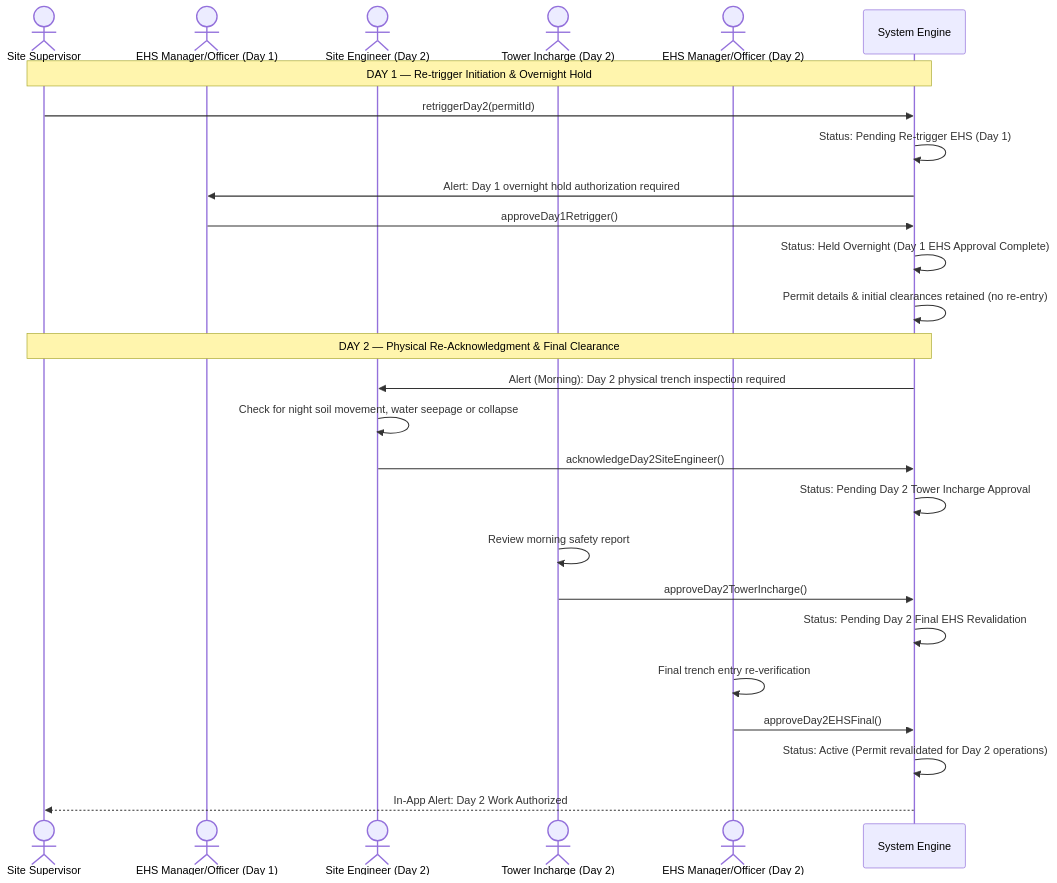
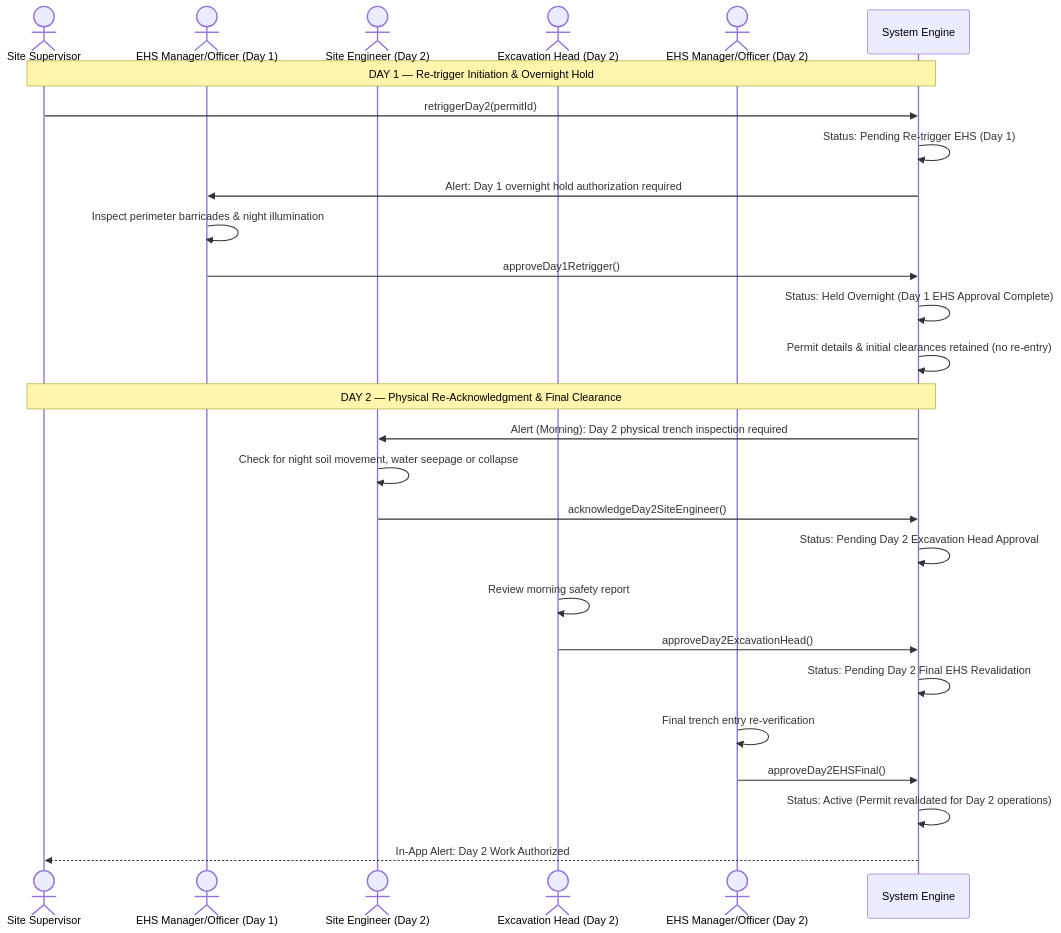
One commit to AuroGroupAutomationBot/ARPL-EHS-Demo changed diagram 17 of 25 in README.md. Above: the diagram before and after it, drawn with Mermaid. The commit also changed other lines of this file, not shown here.

````diff
--- a/README.md
+++ b/README.md
@@ -1194,33 +1216,34 @@
 ```mermaid
 sequenceDiagram
     actor SS as Site Supervisor
     actor EHS1 as EHS Manager/Officer (Day 1)
     actor SE2 as Site Engineer (Day 2)
-    actor TI2 as Tower Incharge (Day 2)
+    actor EH2 as Excavation Head (Day 2)
     actor EHS2 as EHS Manager/Officer (Day 2)
     participant SYS as System Engine
 
     Note over SS,SYS: DAY 1 — Re-trigger Initiation & Overnight Hold
     SS->>SYS: retriggerDay2(permitId)
     SYS->>SYS: Status: Pending Re-trigger EHS (Day 1)
     SYS->>EHS1: Alert: Day 1 overnight hold authorization required
 
+    EHS1->>EHS1: Inspect perimeter barricades & night illumination
     EHS1->>SYS: approveDay1Retrigger()
     SYS->>SYS: Status: Held Overnight (Day 1 EHS Approval Complete)
     SYS->>SYS: Permit details & initial clearances retained (no re-entry)
 
     Note over SS,SYS: DAY 2 — Physical Re-Acknowledgment & Final Clearance
     SYS->>SE2: Alert (Morning): Day 2 physical trench inspection required
     SE2->>SE2: Check for night soil movement, water seepage or collapse
     SE2->>SYS: acknowledgeDay2SiteEngineer()
-    SYS->>SYS: Status: Pending Day 2 Tower Incharge Approval
+    SYS->>SYS: Status: Pending Day 2 Excavation Head Approval
 
-    TI2->>TI2: Review morning safety report
-    TI2->>SYS: approveDay2TowerIncharge()
+    EH2->>EH2: Review morning safety report
+    EH2->>SYS: approveDay2ExcavationHead()
     SYS->>SYS: Status: Pending Day 2 Final EHS Revalidation
 
     EHS2->>EHS2: Final trench entry re-verification
     EHS2->>SYS: approveDay2EHSFinal()
     SYS->>SYS: Status: Active (Permit revalidated for Day 2 operations)
     SYS-->>SS: In-App Alert: Day 2 Work Authorized
 ```
````
